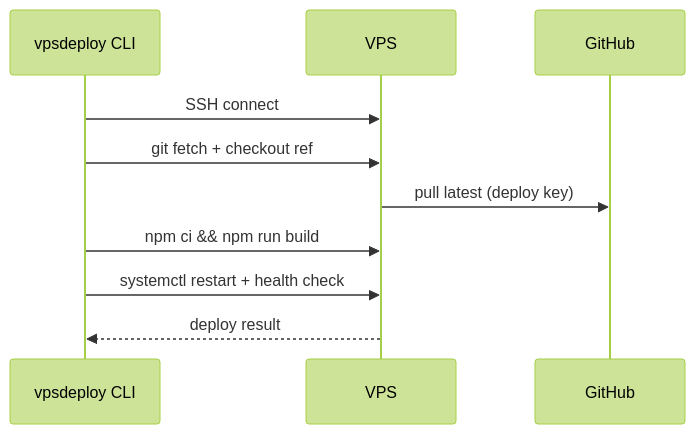
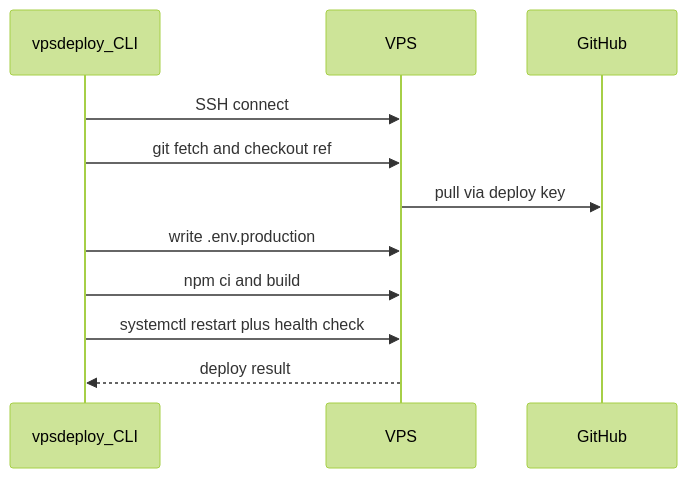
One commit to flaggx/landfall changed the diagram in README.md. Above: the diagram before and after it, drawn with Mermaid (forest theme). The commit also changed other lines of this file and 1 other file, not shown here.

````diff
--- a/README.md
+++ b/README.md
@@ -853,13 +412,14 @@
 ```mermaid
 sequenceDiagram
-    participant CLI as vpsdeploy CLI
+    participant CLI as vpsdeploy_CLI
     participant VPS as VPS
     participant GH as GitHub
 
     CLI->>VPS: SSH connect
-    CLI->>VPS: git fetch + checkout ref
-    VPS->>GH: pull latest (deploy key)
-    CLI->>VPS: npm ci && npm run build
-    CLI->>VPS: systemctl restart + health check
+    CLI->>VPS: git fetch and checkout ref
+    VPS->>GH: pull via deploy key
+    CLI->>VPS: write .env.production
+    CLI->>VPS: npm ci and build
+    CLI->>VPS: systemctl restart plus health check
     VPS-->>CLI: deploy result
 ```
````
